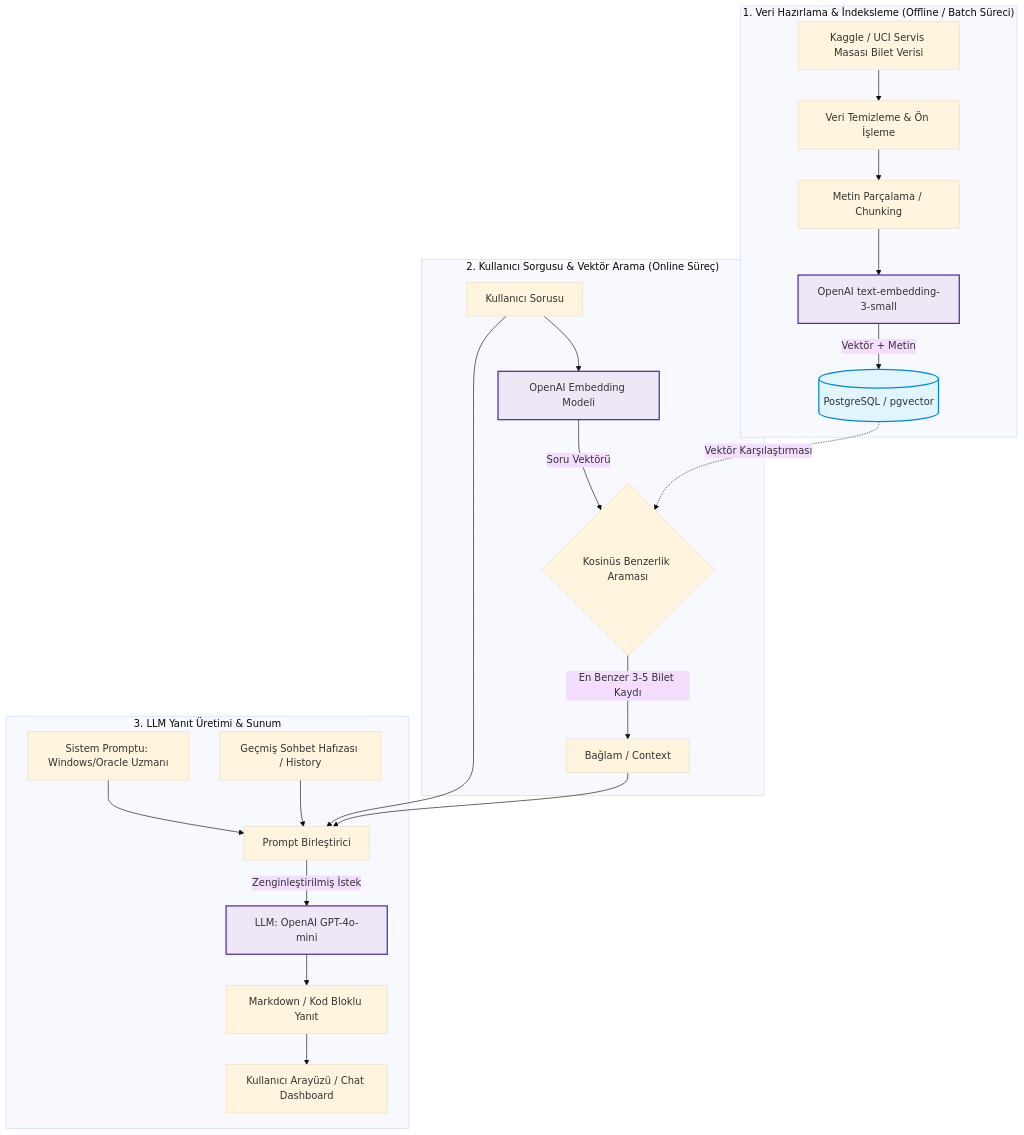
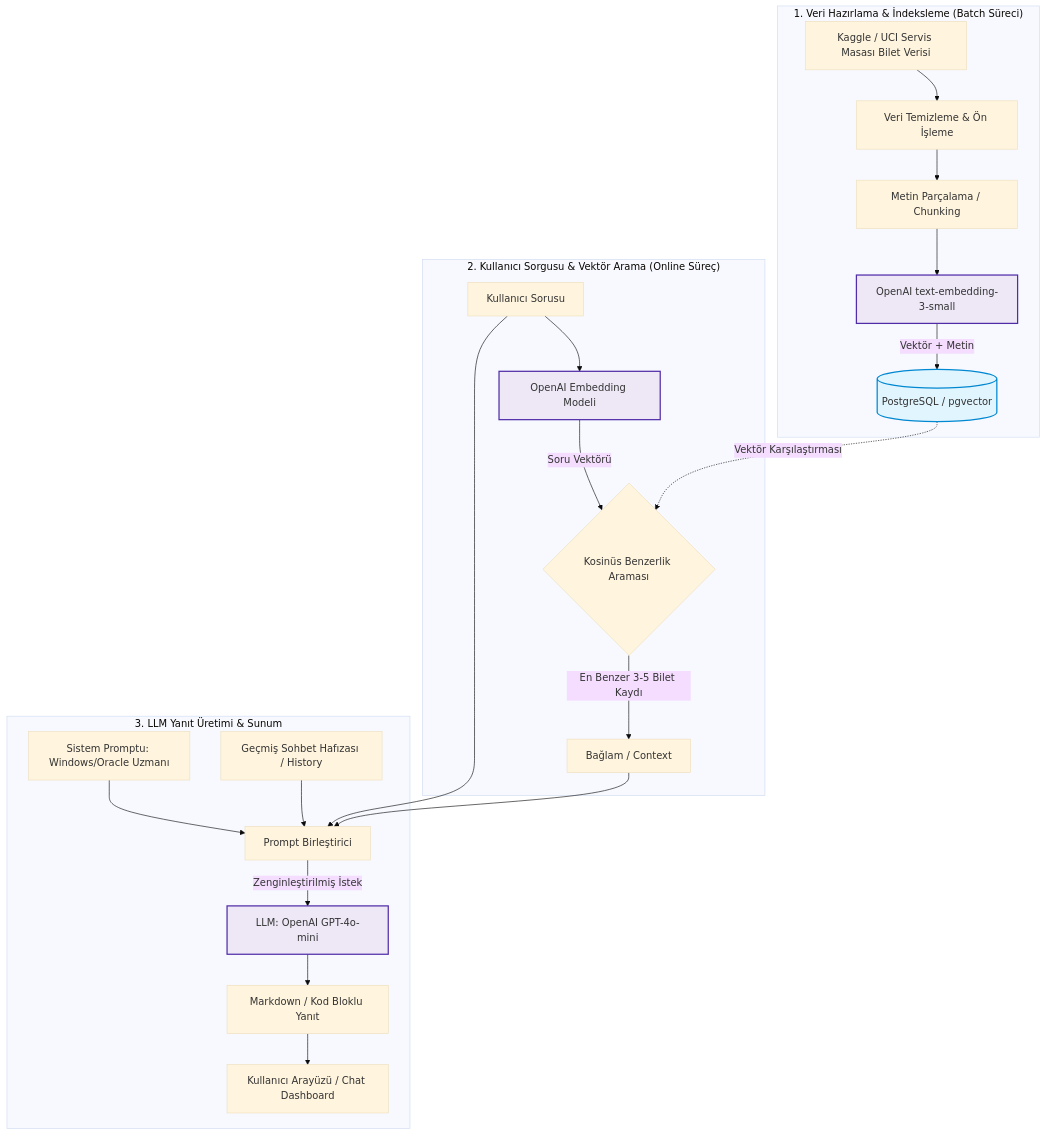
One commit to bayramogluhavvanur/Akilli-Servis-Masasi-Chatbot changed the second of 2 diagrams in README.md. Above: the diagram before and after it, drawn with Mermaid (base theme).

````diff
--- a/README.md
+++ b/README.md
@@ -57,37 +55,42 @@
 ```mermaid
-flowchart TD
-    %% Alt Süreç 1: Veri Hazırlama ve İndeksleme
-    subgraph INDEXING["1. Veri Hazırlama & İndeksleme (Offline / Batch Süreci)"]
+flowchart TB
+    %% 1. ve 2. Süreç: Yan Yana Üst Bloklar
+    subgraph S1 ["1. Veri Hazırlama & İndeksleme (Batch Süreci)"]
         A[Kaggle / UCI Servis Masası Bilet Verisi] --> B[Veri Temizleme & Ön İşleme]
         B --> C[Metin Parçalama / Chunking]
         C --> D[OpenAI text-embedding-3-small]
         D -->|Vektör + Metin| E[(PostgreSQL / pgvector)]
     end
 
-    %% Alt Süreç 2: Canlı Soru ve Arama Süreci
-    subgraph QUERY["2. Kullanıcı Sorgusu & Vektör Arama (Online Süreç)"]
+    subgraph S2 ["2. Kullanıcı Sorgusu & Vektör Arama (Online Süreç)"]
         U[Kullanıcı Sorusu] --> F[OpenAI Embedding Modeli]
         F -->|Soru Vektörü| G{Kosinüs Benzerlik Araması}
-        E -.->|Vektör Karşılaştırması| G
         G -->|En Benzer 3-5 Bilet Kaydı| H[Bağlam / Context]
     end
 
-    %% Alt Süreç 3: Yanıt Üretimi ve Çıktı
-    subgraph GENERATION["3. LLM Yanıt Üretimi & Sunum"]
+    %% S1 ve S2'nin yan yana durmasını sağlayan görünmez yatay bağ
+    S1 ~~~ S2
+
+    %% 1 ve 2 arasındaki dinamik veri köprüsü
+    E -.->|Vektör Karşılaştırması| G
+
+    %% 3. Süreç: Alt Katman (Yanıt Üretimi)
+    subgraph S3 ["3. LLM Yanıt Üretimi & Sunum"]
         SP[Sistem Promptu: Windows/Oracle Uzmanı] --> I[Prompt Birleştirici]
-        H --> I
-        U --> I
         CH[Geçmiş Sohbet Hafızası / History] --> I
         I -->|Zenginleştirilmiş İstek| J[LLM: OpenAI GPT-4o-mini]
         J --> K[Markdown / Kod Bloklu Yanıt]
         K --> L[Kullanıcı Arayüzü / Chat Dashboard]
     end
 
-    %% Stiller
-    classDef process fill:#f9f9f9,stroke:#333,stroke-width:1px;
+    %% Üst Süreçlerden Alt Süreçteki Prompt Birleştiriciye Giden Orijinal Bağlantılar
+    H --> I
+    U --> I
+
+    %% Görsel Stiller
     classDef db fill:#e1f5fe,stroke:#0288d1,stroke-width:2px;
     classDef llm fill:#ede7f6,stroke:#512da8,stroke-width:2px;
-    
+
     class E db;
     class D,F,J llm;
 ```
````
